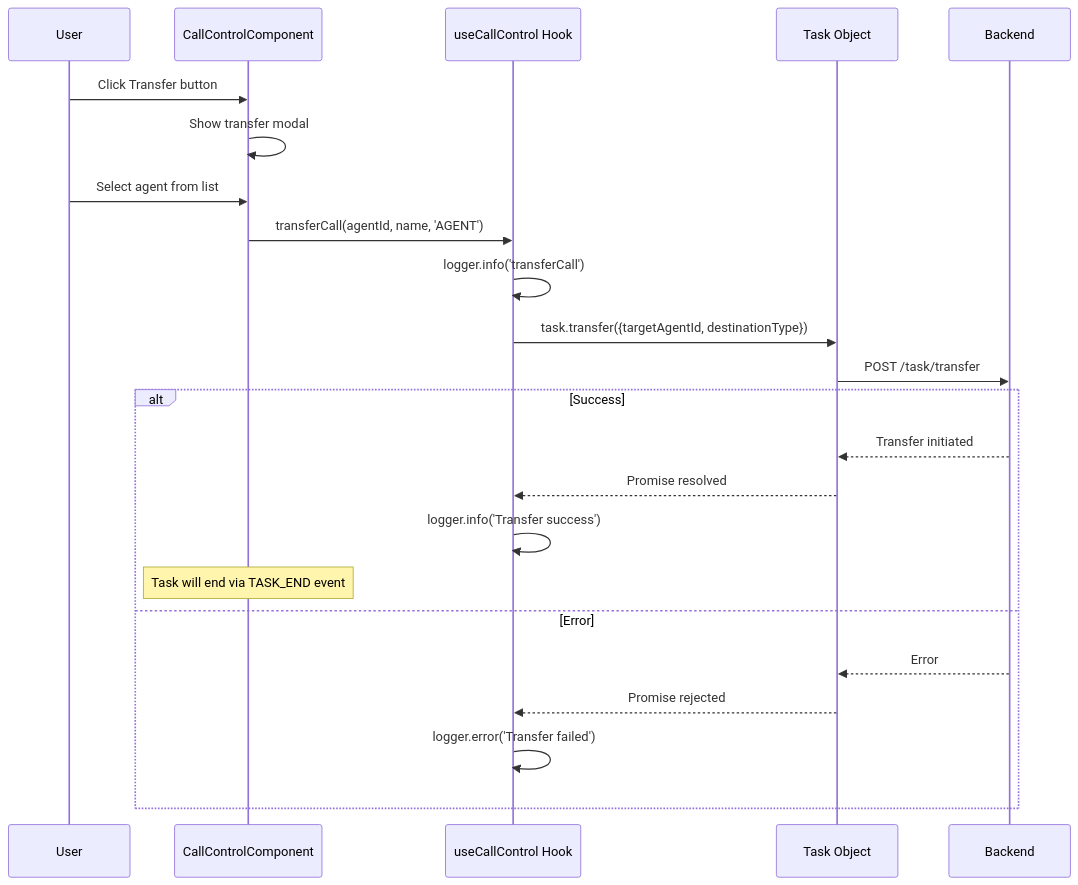
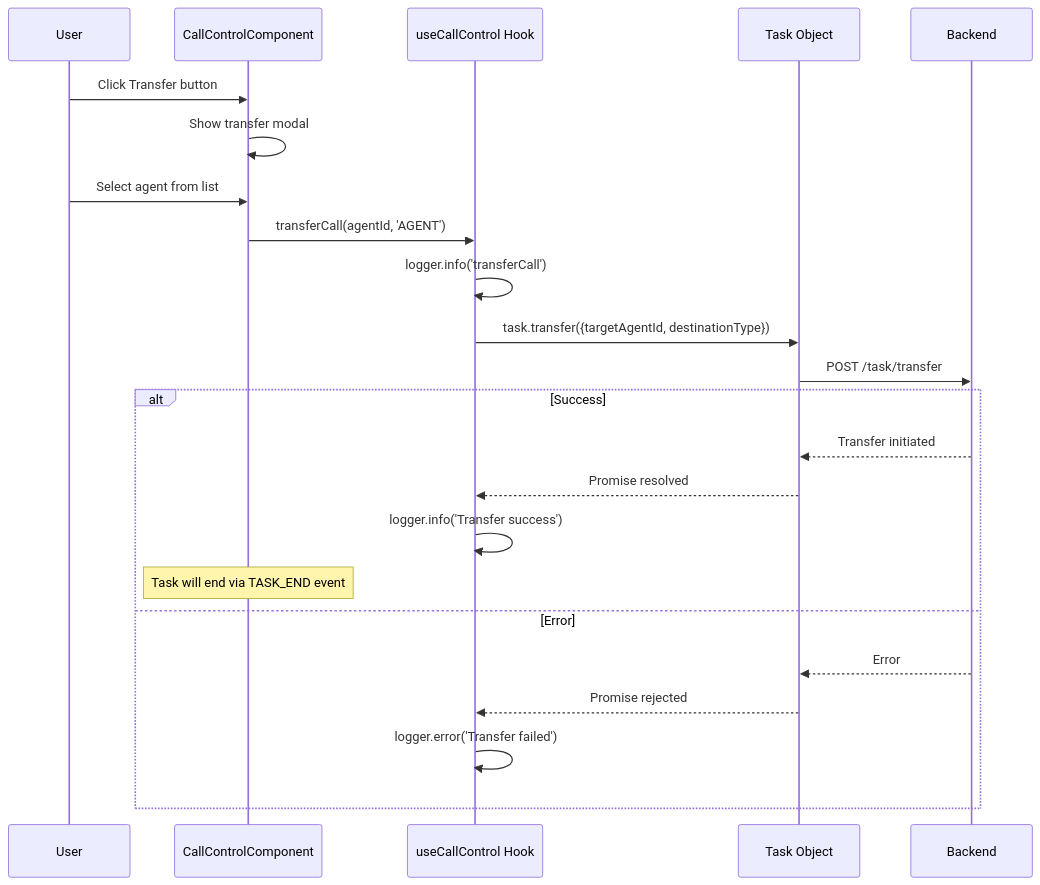
One commit to webex/widgets changed the third of 7 diagrams in packages/contact-center/task/ai-docs/widgets/CallControl/ARCHITECTURE.md. Above: the diagram before and after it, drawn with Mermaid. The commit also changed other lines of this file and 6 other files, not shown here.

````diff
--- a/packages/contact-center/task/ai-docs/widgets/CallControl/ARCHITECTURE.md
+++ b/packages/contact-center/task/ai-docs/widgets/CallControl/ARCHITECTURE.md
@@ -118,26 +124,26 @@
 ```mermaid
 sequenceDiagram
     participant U as User
     participant C as CallControlComponent
     participant H as useCallControl Hook
     participant T as Task Object
     participant B as Backend
-    
+
     U->>C: Click Transfer button
     C->>C: Show transfer modal
     U->>C: Select agent from list
-    C->>H: transferCall(agentId, name, 'AGENT')
+    C->>H: transferCall(agentId, 'AGENT')
     H->>H: logger.info('transferCall')
     H->>T: task.transfer({targetAgentId, destinationType})
     T->>B: POST /task/transfer
     alt Success
         B-->>T: Transfer initiated
         T-->>H: Promise resolved
         H->>H: logger.info('Transfer success')
         Note over C: Task will end via TASK_END event
     else Error
         B-->>T: Error
         T-->>H: Promise rejected
         H->>H: logger.error('Transfer failed')
     end
 ```
````
